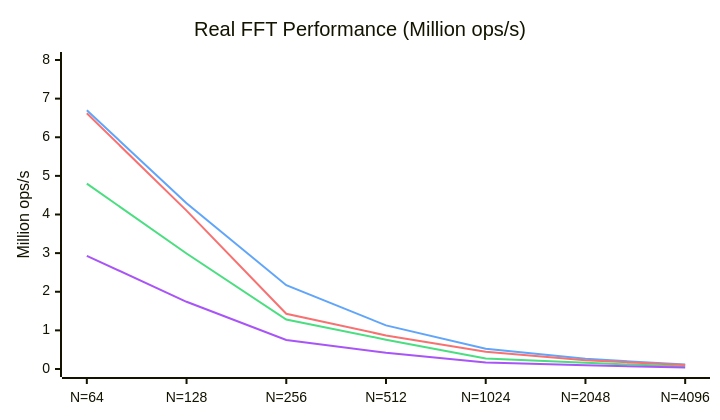
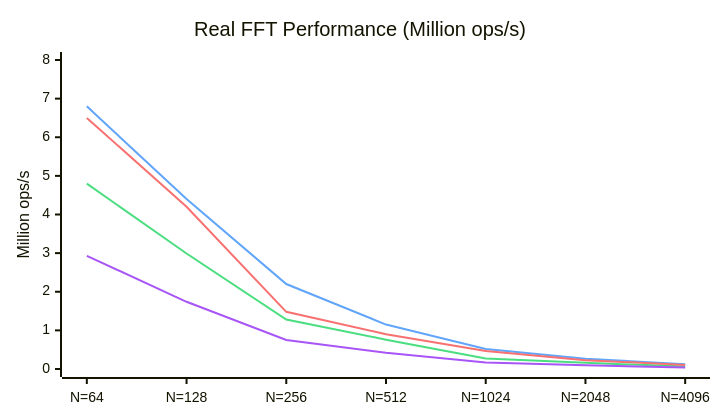
The second of 2 diagrams in README.md (EmNudge/wat-fft), drawn with Mermaid before and after one commit. The commit also changed other lines of this file and 3 other files, not shown here.

````diff
--- a/README.md
+++ b/README.md
@@ -59,19 +59,19 @@
 ```mermaid
 ---
 config:
     xyChart:
         width: 700
         height: 400
     themeVariables:
         xyChart:
             plotColorPalette: "#4ade80, #60a5fa, #f87171, #a855f7"
 ---
 xychart-beta
     title "Real FFT Performance (Million ops/s)"
     x-axis [N=64, N=128, N=256, N=512, N=1024, N=2048, N=4096]
     y-axis "Million ops/s" 0 --> 8
     line [4.80, 2.99, 1.28, 0.76, 0.27, 0.16, 0.062]
-    line [6.70, 4.29, 2.17, 1.13, 0.525, 0.264, 0.116]
-    line [6.62, 4.10, 1.43, 0.87, 0.444, 0.225, 0.105]
+    line [6.80, 4.40, 2.20, 1.15, 0.52, 0.267, 0.121]
+    line [6.50, 4.20, 1.48, 0.90, 0.465, 0.228, 0.106]
     line [2.93, 1.74, 0.75, 0.42, 0.17, 0.094, 0.039]
 ```
````
